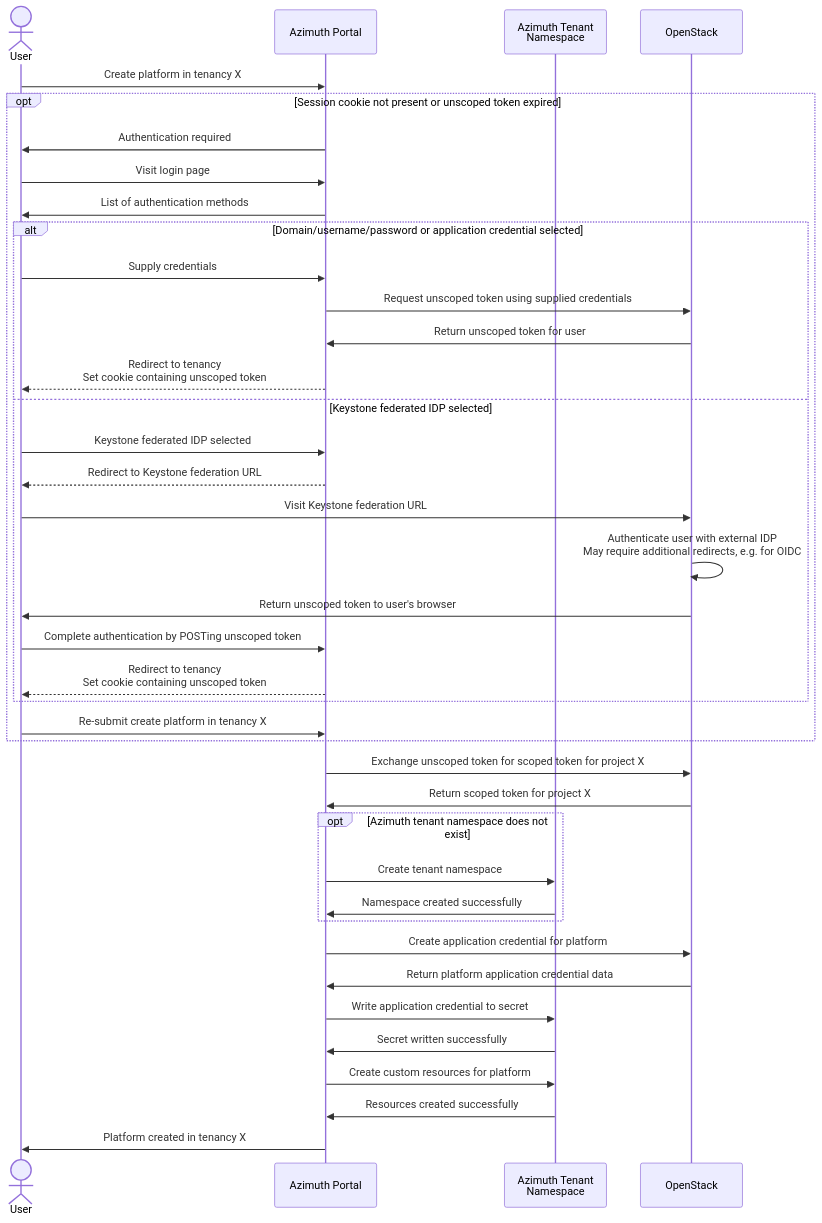
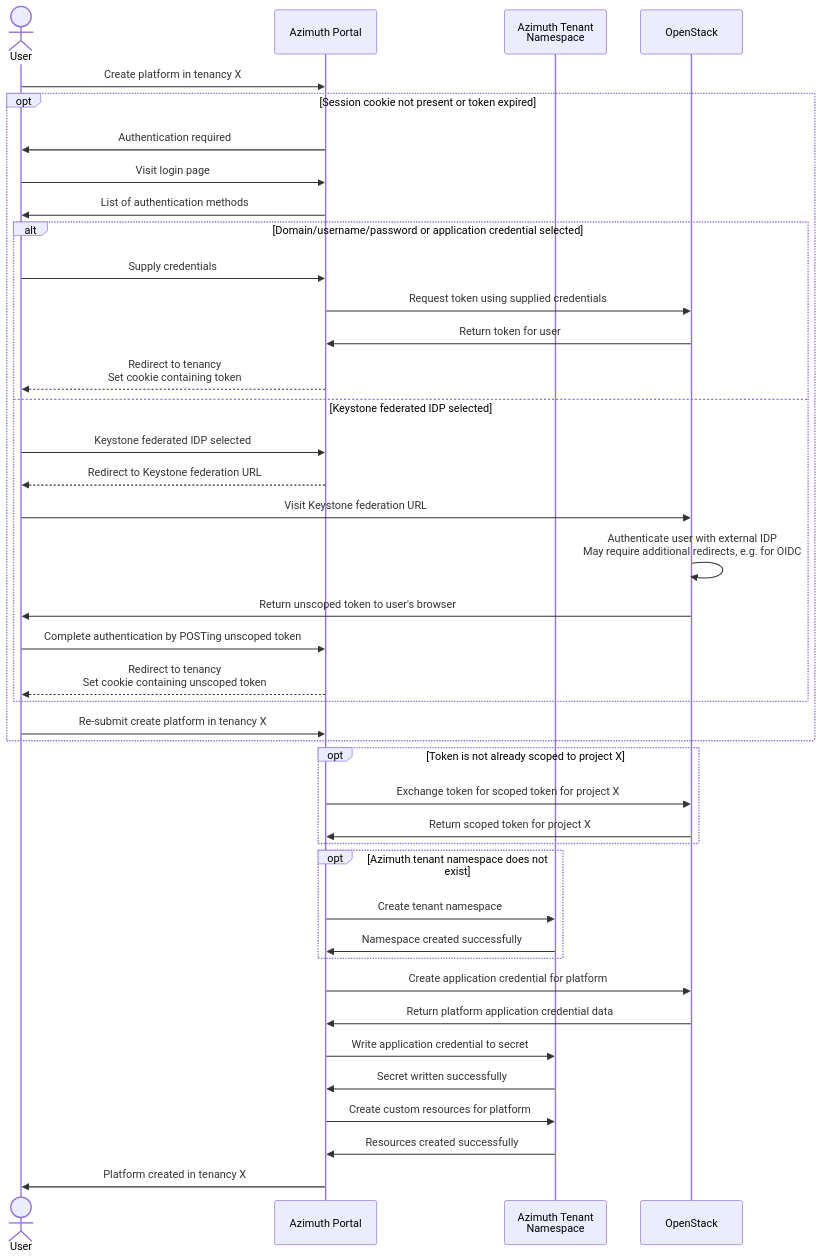
One commit to azimuth-cloud/azimuth-config changed the first of 3 diagrams in docs/architecture/identity.md. Above: the diagram before and after it, drawn with Mermaid. The commit also changed other lines of this file and 4 other files, not shown here.

````diff
--- a/docs/architecture/identity.md
+++ b/docs/architecture/identity.md
@@ -90,42 +104,44 @@
 ```mermaid
 sequenceDiagram
   actor U as User
   participant A as Azimuth Portal
   participant N as Azimuth Tenant<br/>Namespace
   participant O as OpenStack
 
   U ->> A: Create platform in tenancy X
-  opt Session cookie not present or unscoped token expired
+  opt Session cookie not present or token expired
     A ->> U: Authentication required
     U ->> A: Visit login page
     A ->> U: List of authentication methods
     alt Domain/username/password or application credential selected
       U ->> A: Supply credentials
-      A ->> O: Request unscoped token using supplied credentials
-      O ->> A: Return unscoped token for user
-      A -->> U: Redirect to tenancy<br/>Set cookie containing unscoped token
+      A ->> O: Request token using supplied credentials
+      O ->> A: Return token for user
+      A -->> U: Redirect to tenancy<br/>Set cookie containing token
     else Keystone federated IDP selected
       U ->> A: Keystone federated IDP selected
       A -->> U: Redirect to Keystone federation URL
       U ->> O: Visit Keystone federation URL
       O ->> O: Authenticate user with external IDP<br/>May require additional redirects, e.g. for OIDC
       O ->> U: Return unscoped token to user's browser
       U ->> A: Complete authentication by POSTing unscoped token
       A -->> U: Redirect to tenancy<br/>Set cookie containing unscoped token
     end
     U ->> A: Re-submit create platform in tenancy X
   end
-  A ->> O: Exchange unscoped token for scoped token for project X
-  O ->> A: Return scoped token for project X
+  opt Token is not already scoped to project X
+    A ->> O: Exchange token for scoped token for project X
+    O ->> A: Return scoped token for project X
+  end
   opt Azimuth tenant namespace does not exist
     A ->> N: Create tenant namespace
     N ->> A: Namespace created successfully
   end
   A ->> O: Create application credential for platform
   O ->> A: Return platform application credential data
   A ->> N: Write application credential to secret
   N ->> A: Secret written successfully
   A ->> N: Create custom resources for platform
   N ->> A: Resources created successfully
   A ->> U: Platform created in tenancy X
 ```
````
